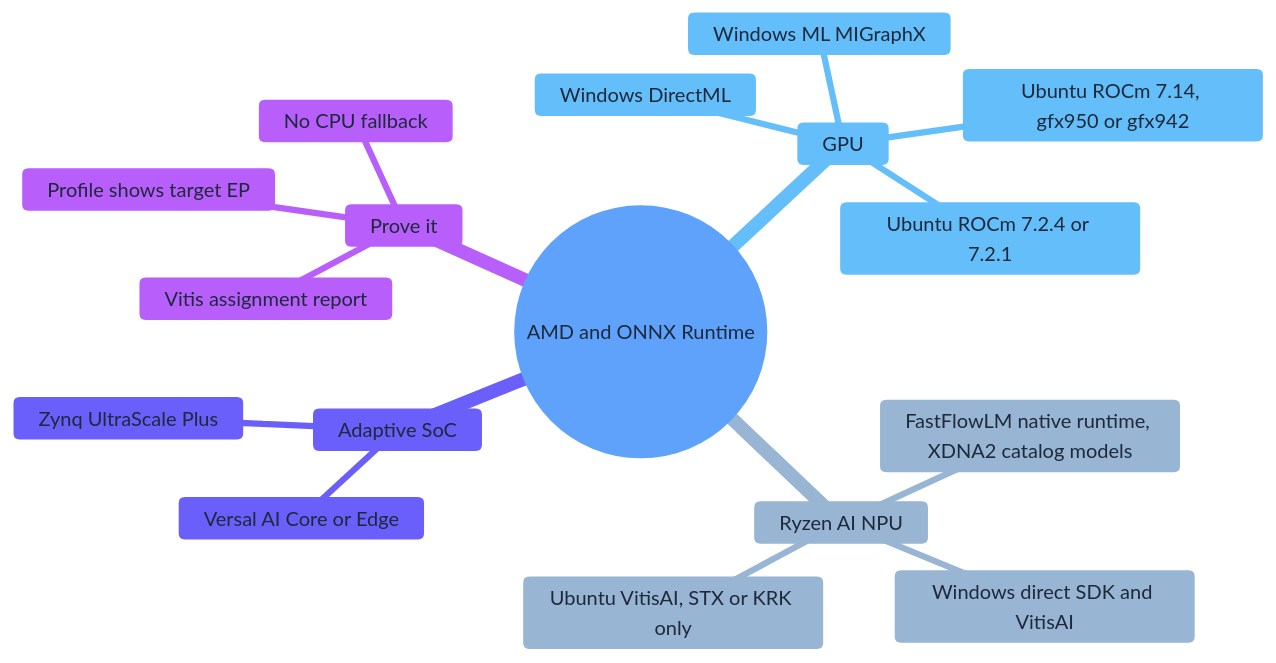
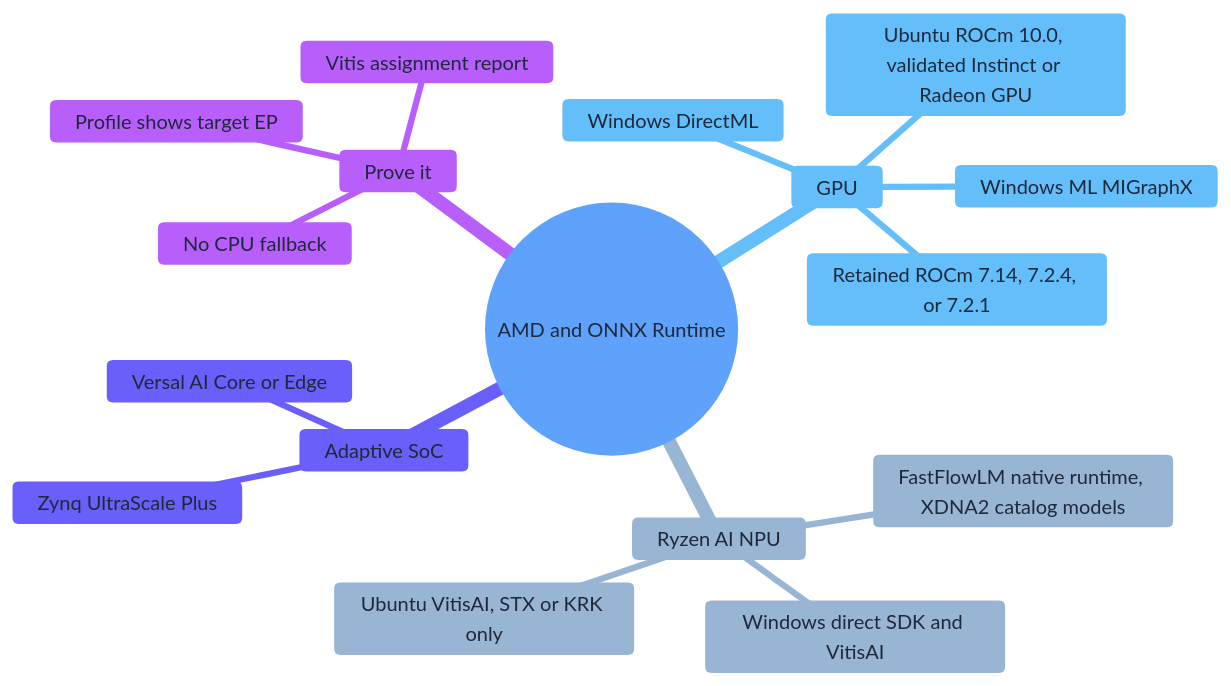
Before and after one commit to DakeQQ/Tutorial-ONNX-Runtime-Execution-Providers: the first of 9 diagrams in AMD/README.md, drawn with Mermaid. The commit also changed other lines of this file and 42 other files, not shown here.

````diff
--- a/AMD/README.md
+++ b/AMD/README.md
@@ -83,21 +83,21 @@
 ```mermaid
 %%{init: {"theme":"base","themeVariables":{"primaryColor":"#dbeafe","primaryTextColor":"#1e293b","primaryBorderColor":"#3b82f6","secondaryColor":"#e0f2fe","secondaryTextColor":"#1e293b","tertiaryColor":"#f1f5f9","tertiaryTextColor":"#1e293b","lineColor":"#94a3b8"},"themeCSS":".mindmap-node text{fill:#1e293b !important;} .mindmap-node span{color:#1e293b !important;}"}}%%
 mindmap
   root((AMD and ONNX Runtime))
     GPU
       Windows DirectML
       Windows ML MIGraphX
-      Ubuntu ROCm 7.14, gfx950 or gfx942
-      Ubuntu ROCm 7.2.4 or 7.2.1
+      Ubuntu ROCm 10.0, validated Instinct or Radeon GPU
+      Retained ROCm 7.14, 7.2.4, or 7.2.1
     Ryzen AI NPU
       FastFlowLM native runtime, XDNA2 catalog models
       Windows direct SDK and VitisAI
       Ubuntu VitisAI, STX or KRK only
     Adaptive SoC
       Zynq UltraScale Plus
       Versal AI Core or Edge
     Prove it
       Profile shows target EP
       No CPU fallback
       Vitis assignment report
 ```
````
